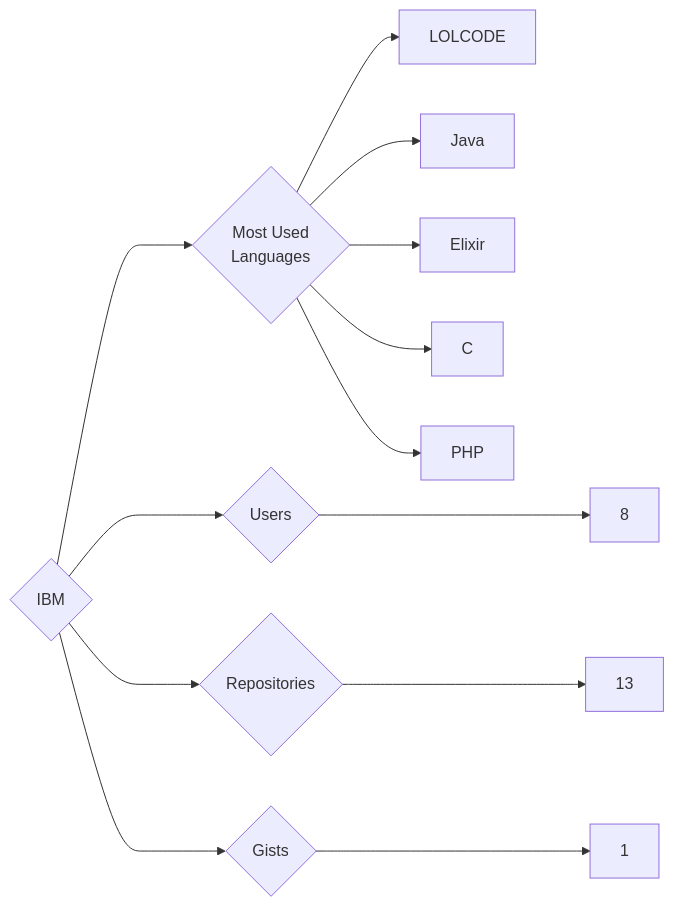
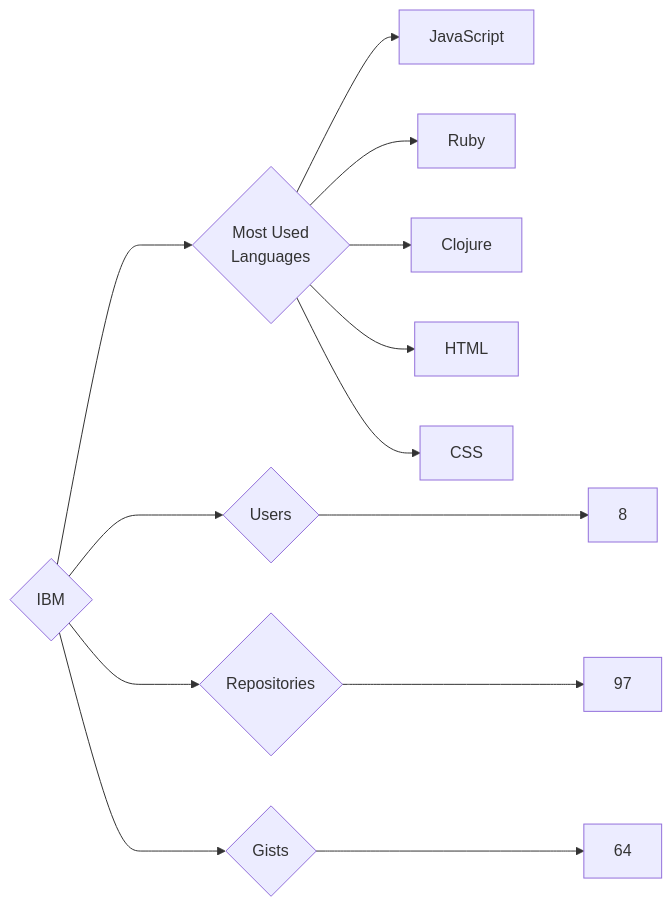
Before and after one commit to trickest/insiders: the diagram in targets/IBM/README.md, drawn with Mermaid. The commit also changed 1023 other files, not shown here.

````diff
--- a/targets/IBM/README.md
+++ b/targets/IBM/README.md
@@ -3,13 +3,13 @@
 ```mermaid
 graph LR
 COMPANY_NAME{IBM}
 COMPANY_NAME ---> U{Users} ---> UN[8]
-COMPANY_NAME ---> R{Repositories} ---> RN[13]
-COMPANY_NAME ---> G{Gists} ---> GN[1]
+COMPANY_NAME ---> R{Repositories} ---> RN[97]
+COMPANY_NAME ---> G{Gists} ---> GN[64]
 COMPANY_NAME ---> ML{Most Used<br>Languages}
-ML --> LOLCODE[LOLCODE]
-ML --> Java[Java]
-ML --> Elixir[Elixir]
-ML --> C[C]
-ML --> PHP[PHP]
+ML --> JavaScript[JavaScript]
+ML --> Ruby[Ruby]
+ML --> Clojure[Clojure]
+ML --> HTML[HTML]
+ML --> CSS[CSS]
 ```
````
